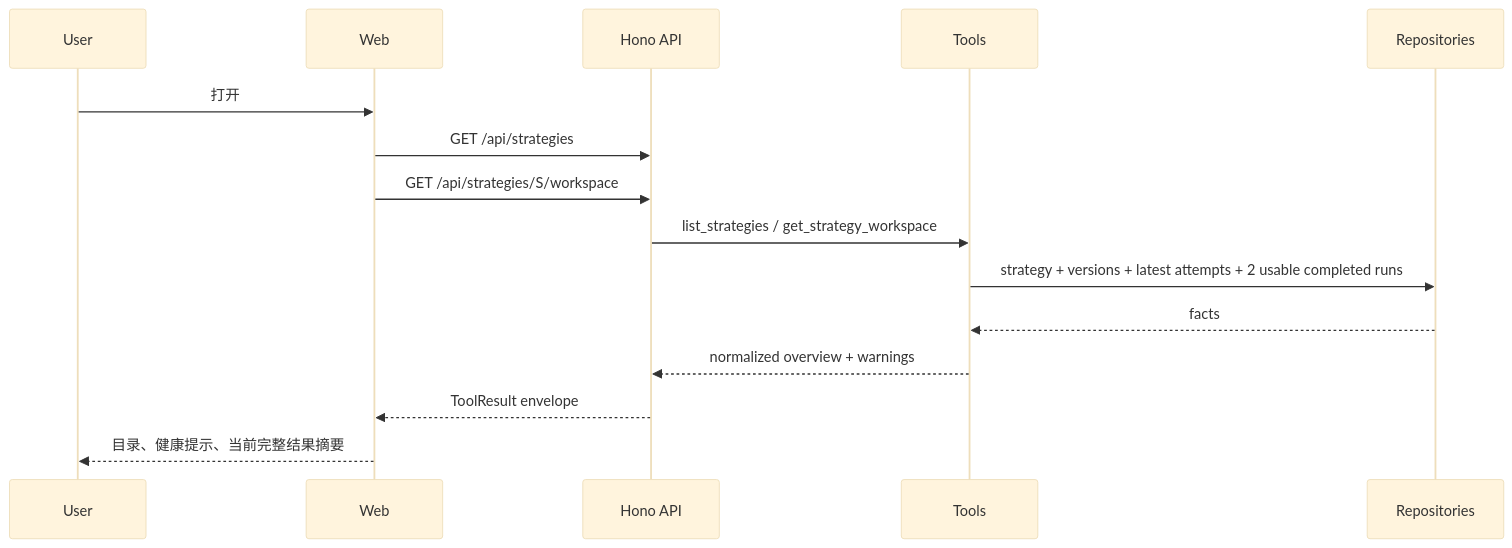
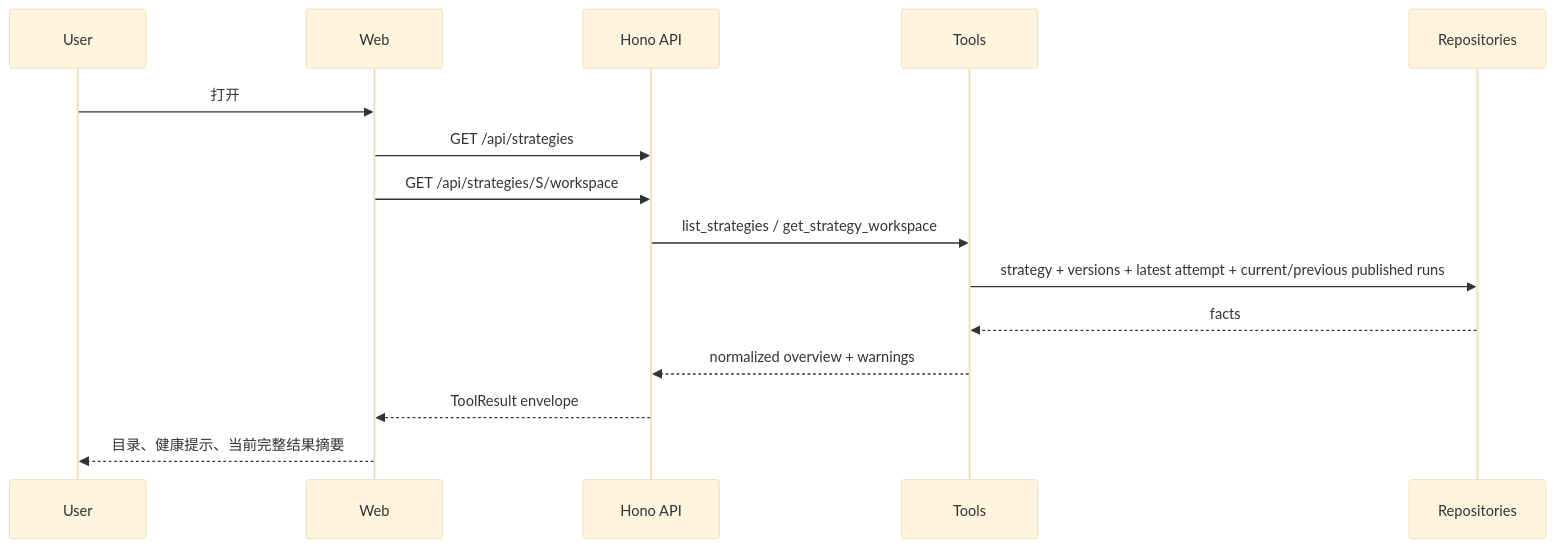
Before and after one commit to KowL/luoome: the second of 3 diagrams in docs/ddd/strategy-workspace-detailed-design.md, drawn with Mermaid (base theme). The commit also changed other lines of this file and 82 other files, not shown here.

````diff
--- a/docs/ddd/strategy-workspace-detailed-design.md
+++ b/docs/ddd/strategy-workspace-detailed-design.md
@@ -909,17 +915,17 @@
 ```mermaid
 sequenceDiagram
   participant U as User
   participant W as Web
   participant A as Hono API
   participant T as Tools
   participant R as Repositories
   U->>W: 打开 #strategies?strategyId=S&tab=overview
   W->>A: GET /api/strategies
   W->>A: GET /api/strategies/S/workspace
   A->>T: list_strategies / get_strategy_workspace
-  T->>R: strategy + versions + latest attempts + 2 usable completed runs
+  T->>R: strategy + versions + latest attempt + current/previous published runs
   R-->>T: facts
   T-->>A: normalized overview + warnings
   A-->>W: ToolResult envelope
   W-->>U: 目录、健康提示、当前完整结果摘要
 ```
````
